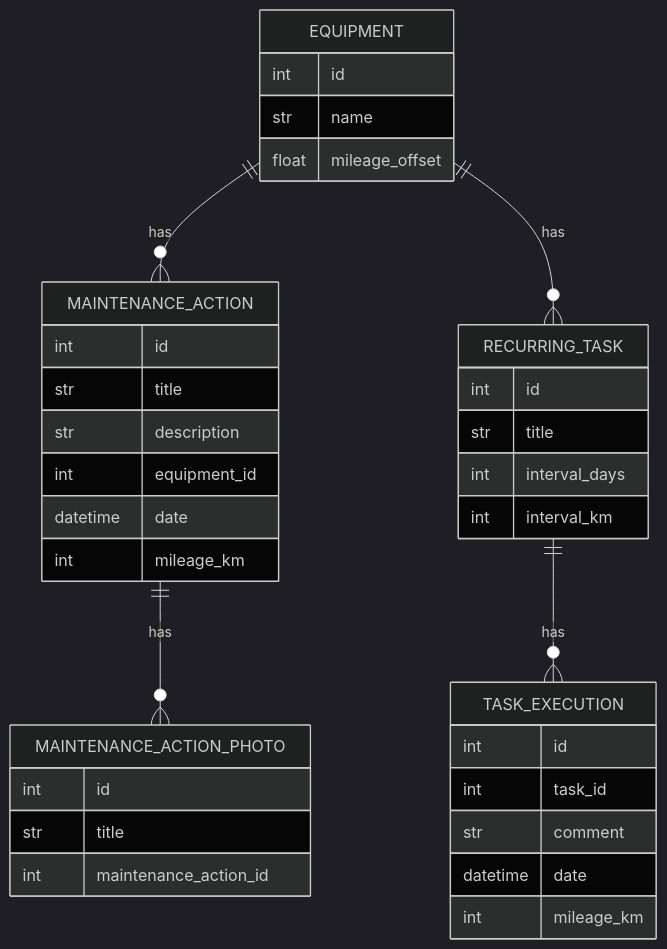
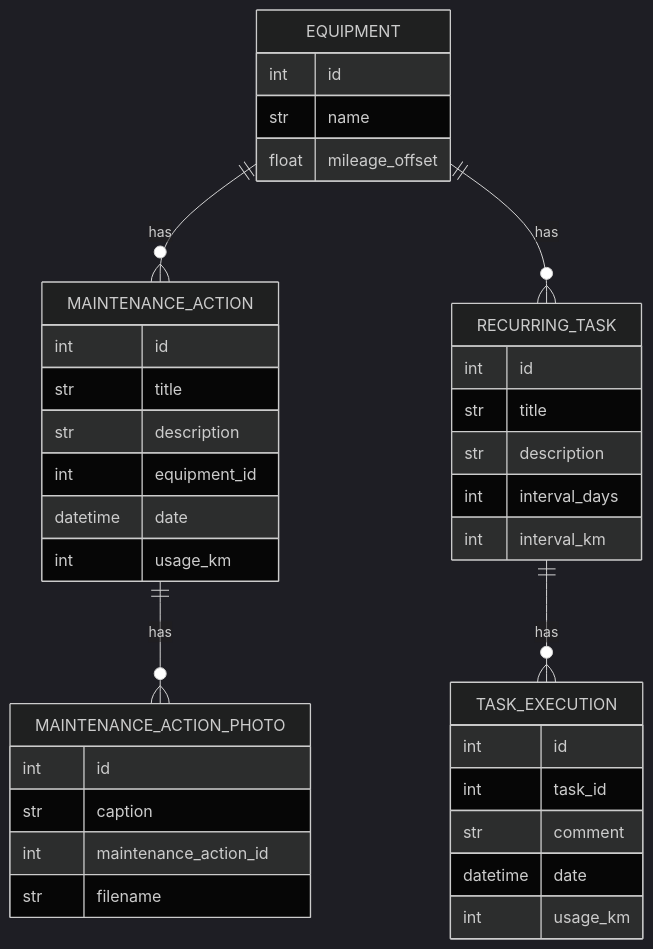
The diagram in docs/bike-maintenance-tracker.md (martin-ueding/geo-activity-playground), drawn with Mermaid (dark theme) before and after one commit. The commit also changed other lines of this file, not shown here.

Commit message:
docs: polish maintenance data scheme

````diff
--- a/docs/bike-maintenance-tracker.md
+++ b/docs/bike-maintenance-tracker.md
@@ -18,39 +18,41 @@
 ```mermaid
 erDiagram
     EQUIPMENT {
         int id
         str name
         float mileage_offset
     }
     MAINTENANCE_ACTION {
         int id
         str title
         str description
         int equipment_id
         datetime date
-        int mileage_km
+        int usage_km
     }
     MAINTENANCE_ACTION_PHOTO {
         int id
-        str title
+        str caption
         int maintenance_action_id
+        str filename
     }
     RECURRING_TASK {
         int id
         str title
+        str description
         int interval_days
         int interval_km
     }
     TASK_EXECUTION {
         int id
         int task_id
         str comment
         datetime date
-        int mileage_km
+        int usage_km
     }
 
     EQUIPMENT ||--o{ MAINTENANCE_ACTION : has
     MAINTENANCE_ACTION ||--o{ MAINTENANCE_ACTION_PHOTO : has
     EQUIPMENT ||--o{ RECURRING_TASK : has
     RECURRING_TASK ||--o{ TASK_EXECUTION : has
 ```
````
